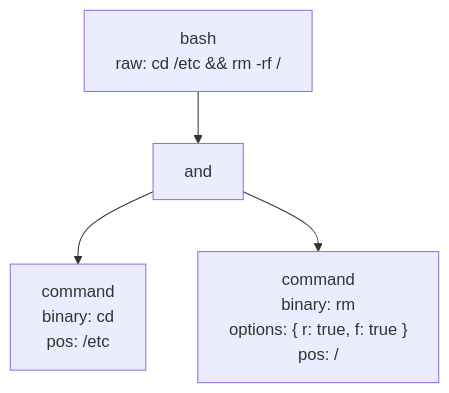
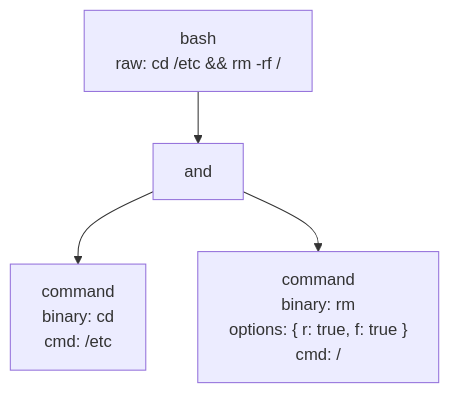
The second of 5 diagrams in docs/HOW_IT_WORKS.md (ashleydavis/expressive-permissions), drawn with Mermaid before and after one commit. The commit also changed 62 other files, not shown here.

First line of the commit message:
Renamed pos to cmd throughout (types, YAML config, docs, tests)

````diff
--- a/docs/HOW_IT_WORKS.md
+++ b/docs/HOW_IT_WORKS.md
@@ -30,6 +30,6 @@
 ```mermaid
 graph TD
   Bash["bash<br/>raw: cd /etc &amp;&amp; rm -rf /"] --> And["and"]
-  And --> Cd["command<br/>binary: cd<br/>pos: /etc"]
-  And --> Rm["command<br/>binary: rm<br/>options: { r: true, f: true }<br/>pos: /"]
+  And --> Cd["command<br/>binary: cd<br/>cmd: /etc"]
+  And --> Rm["command<br/>binary: rm<br/>options: { r: true, f: true }<br/>cmd: /"]
 ```
````
